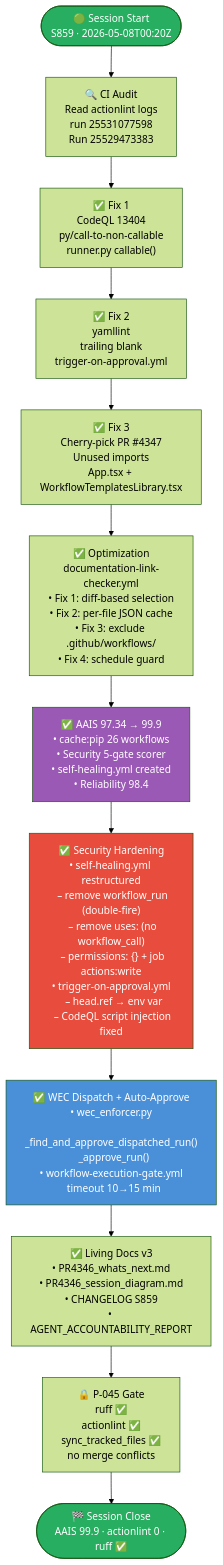
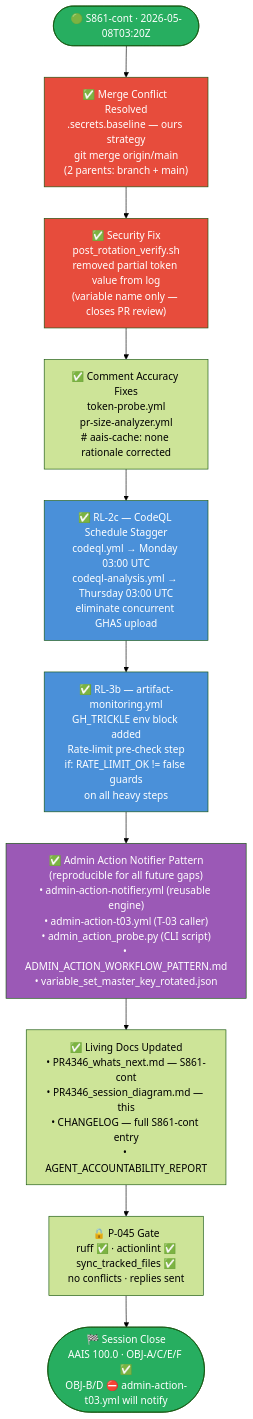
The first of 21 diagrams in docs/sessions/PR4346_session_diagram.md (Aries-Serpent/_codex_), drawn with Mermaid (forest theme) before and after one commit. The commit also changed other lines of this file and 14 other files, not shown here.

First line of the commit message:
fix(ci): S861-cont RL-2c/3b, admin-action notifier pattern, security fixes, review comments addressed

````diff
--- a/docs/sessions/PR4346_session_diagram.md
+++ b/docs/sessions/PR4346_session_diagram.md
@@ -12,32 +12,30 @@
 ```mermaid
 flowchart TD
-    START(["🟢 Session Start\nS859 · 2026-05-08T00:20Z"]) --> CI_AUDIT
+    START(["🟢 S861-cont · 2026-05-08T03:20Z"]) --> MERGE
 
-    CI_AUDIT["🔍 CI Audit\nRead actionlint logs\nrun 25531077598\nRun 25529473383"] --> FIX1
+    MERGE["✅ Merge Conflict Resolved\n.secrets.baseline — ours strategy\ngit merge origin/main\n(2 parents: branch + main)"] --> SEC
 
-    FIX1["✅ Fix 1\nCodeQL 13404\npy/call-to-non-callable\nrunner.py callable()"] --> FIX2
+    SEC["✅ Security Fix\npost_rotation_verify.sh\nremoved partial token value from log\n(variable name only — closes PR review)"] --> CACHE
 
-    FIX2["✅ Fix 2\nyamllint\ntrailing blank\ntrigger-on-approval.yml"] --> FIX3
+    CACHE["✅ Comment Accuracy Fixes\ntoken-probe.yml\npr-size-analyzer.yml\n# aais-cache: none rationale corrected"] --> RL2C
 
-    FIX3["✅ Fix 3\nCherry-pick PR #4347\nUnused imports\nApp.tsx + WorkflowTemplatesLibrary.tsx"] --> OPT1
+    RL2C["✅ RL-2c — CodeQL Schedule Stagger\ncodeql.yml → Monday 03:00 UTC\ncodeql-analysis.yml → Thursday 03:00 UTC\neliminate concurrent GHAS upload"] --> RL3B
 
-    OPT1["✅ Optimization\ndocumentation-link-checker.yml\n• Fix 1: diff-based selection\n• Fix 2: per-file JSON cache\n• Fix 3: exclude .github/workflows/\n• Fix 4: schedule guard"] --> AAIS
+    RL3B["✅ RL-3b — artifact-monitoring.yml\nGH_TRICKLE env block added\nRate-limit pre-check step\nif: RATE_LIMIT_OK != false guards\non all heavy steps"] --> ADMIN
 
-    AAIS["✅ AAIS 97.34 → 99.9\n• cache:pip 26 workflows\n• Security 5-gate scorer\n• self-healing.yml created\n• Reliability 98.4"] --> SEC
+    ADMIN["✅ Admin Action Notifier Pattern\n(reproducible for all future gaps)\n• admin-action-notifier.yml (reusable engine)\n• admin-action-t03.yml (T-03 caller)\n• admin_action_probe.py (CLI script)\n• ADMIN_ACTION_WORKFLOW_PATTERN.md\n• variable_set_master_key_rotated.json"] --> DOCS
 
-    SEC["✅ Security Hardening\n• self-healing.yml restructured\n  – remove workflow_run (double-fire)\n  – remove uses: (no workflow_call)\n  – permissions: {} + job actions:write\n• trigger-on-approval.yml\n  – head.ref → env var\n  – CodeQL script injection fixed"] --> WEC
+    DOCS["✅ Living Docs Updated\n• PR4346_whats_next.md — S861-cont\n• PR4346_session_diagram.md — this\n• CHANGELOG — full S861-cont entry\n• AGENT_ACCOUNTABILITY_REPORT"] --> GATE
 
-    WEC["✅ WEC Dispatch + Auto-Approve\n• wec_enforcer.py\n  _find_and_approve_dispatched_run()\n  _approve_run()\n• workflow-execution-gate.yml\n  timeout 10→15 min"] --> DOCS
+    GATE["🔒 P-045 Gate\nruff ✅ · actionlint ✅\nsync_tracked_files ✅\nno conflicts · replies sent"] --> END
 
-    DOCS["✅ Living Docs v3\n• PR4346_whats_next.md\n• PR4346_session_diagram.md\n• CHANGELOG S859\n• AGENT_ACCOUNTABILITY_REPORT"] --> GATE
-
-    GATE["🔒 P-045 Gate\nruff ✅\nactionlint ✅\nsync_tracked_files ✅\nno merge conflicts"] --> END
-
-    END(["🏁 Session Close\nAAIS 99.9 · actionlint 0 · ruff ✅"])
+    END(["🏁 Session Close\nAAIS 100.0 · OBJ-A/C/E/F ✅\nOBJ-B/D ⛔ admin-action-t03.yml will notify"])
 
     style START fill:#27ae60,color:#fff
     style END fill:#27ae60,color:#fff
+    style MERGE fill:#e74c3c,color:#fff
     style SEC fill:#e74c3c,color:#fff
-    style WEC fill:#4a90d9,color:#fff
-    style AAIS fill:#9b59b6,color:#fff
+    style ADMIN fill:#9b59b6,color:#fff
+    style RL2C fill:#4a90d9,color:#fff
+    style RL3B fill:#4a90d9,color:#fff
 ```
````
